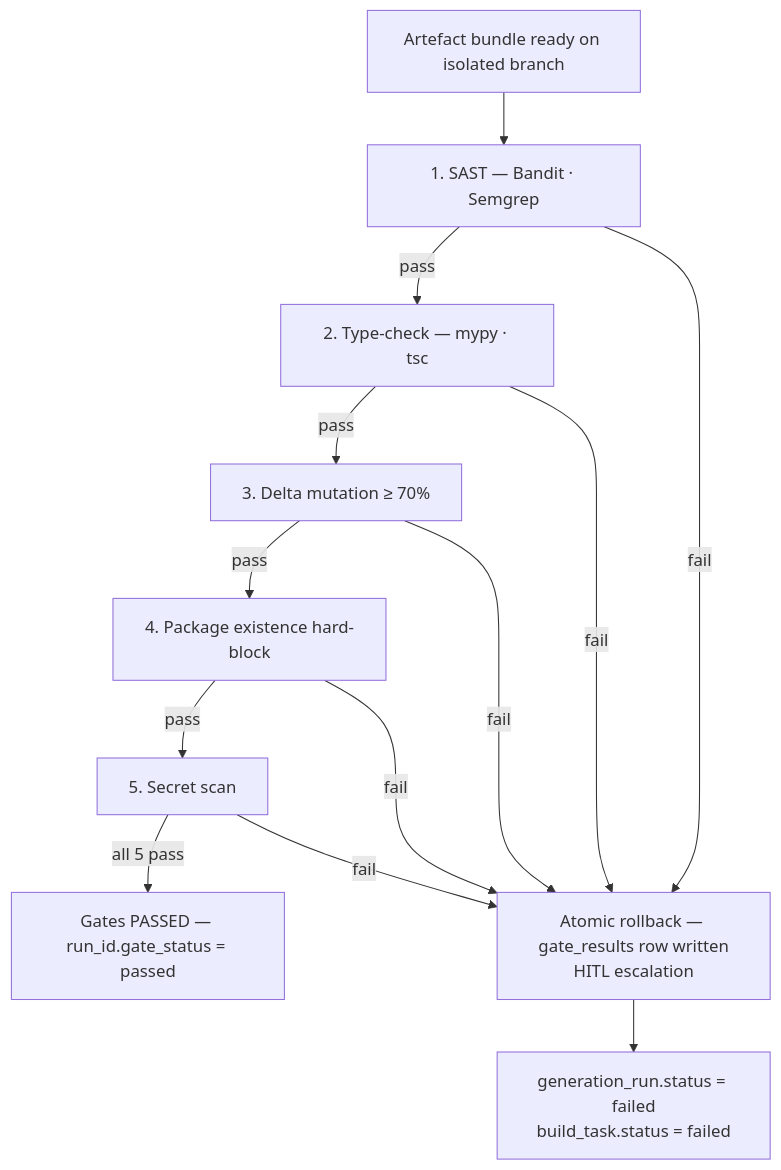
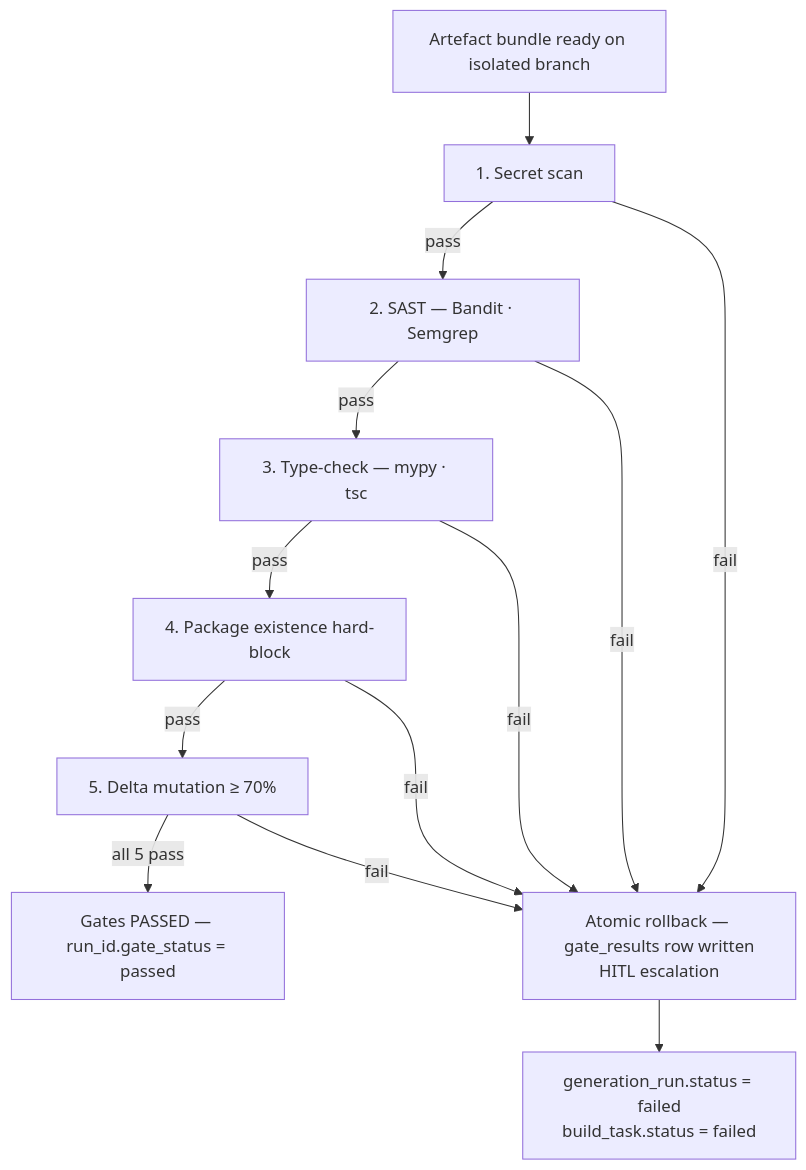
One commit to gazzwi86/weave changed diagram 14 of 19 in docs/specs/weave/engines/build-engine/tech-spec/business-process.md. Above: the diagram before and after it, drawn with Mermaid. The commit also changed other lines of this file and 38 other files, not shown here.

````diff
--- a/docs/specs/weave/engines/build-engine/tech-spec/business-process.md
+++ b/docs/specs/weave/engines/build-engine/tech-spec/business-process.md
@@ -382,15 +439,15 @@
 ```mermaid
 flowchart TD
-  A[Artefact bundle ready on isolated branch] --> B[1. SAST — Bandit · Semgrep]
-  B -->|pass| C[2. Type-check — mypy · tsc]
-  C -->|pass| D[3. Delta mutation ≥ 70%]
+  A[Artefact bundle ready on isolated branch] --> B[1. Secret scan]
+  B -->|pass| C[2. SAST — Bandit · Semgrep]
+  C -->|pass| D[3. Type-check — mypy · tsc]
   D -->|pass| E[4. Package existence hard-block]
-  E -->|pass| F[5. Secret scan]
+  E -->|pass| F[5. Delta mutation ≥ 70%]
   F -->|all 5 pass| G[Gates PASSED — run_id.gate_status = passed]
   B -->|fail| H[Atomic rollback — gate_results row written<br/>HITL escalation]
   C -->|fail| H
   D -->|fail| H
   E -->|fail| H
   F -->|fail| H
   H --> I[generation_run.status = failed<br/>build_task.status = failed]
 ```
````
